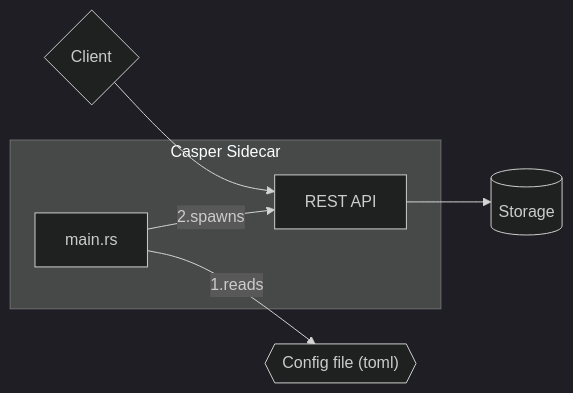
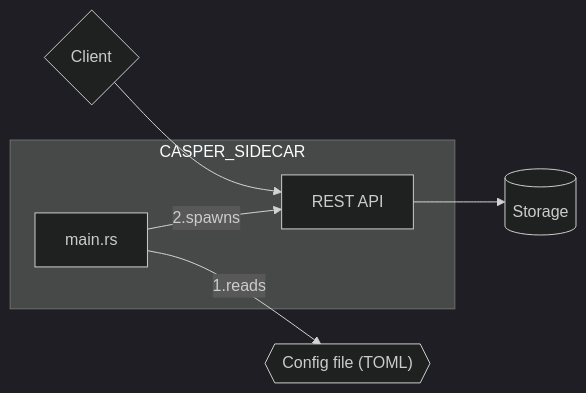
Before and after one commit to casper-network/casper-sidecar: the third of 5 diagrams in README.md, drawn with Mermaid (dark theme). The commit also changed other lines of this file, not shown here.

Commit message:
Update diagram labels for consistency

````diff
--- a/README.md
+++ b/README.md
@@ -123,14 +126,14 @@
 ```mermaid
    graph LR;
    CLIENT{Client}
    CLIENT --> REST_API
    STORAGE[("Storage")]
    REST_API --> STORAGE
-   CONFIG{{"Config file (toml)"}}
+   CONFIG{{"Config file (TOML)"}}
    MAIN --1.reads--> CONFIG
-   subgraph "Casper Sidecar"
+   subgraph CASPER_SIDECAR
       MAIN[main.rs]
       MAIN --2.spawns--> REST_API
       REST_API["REST API"]
    end
 ```
````
